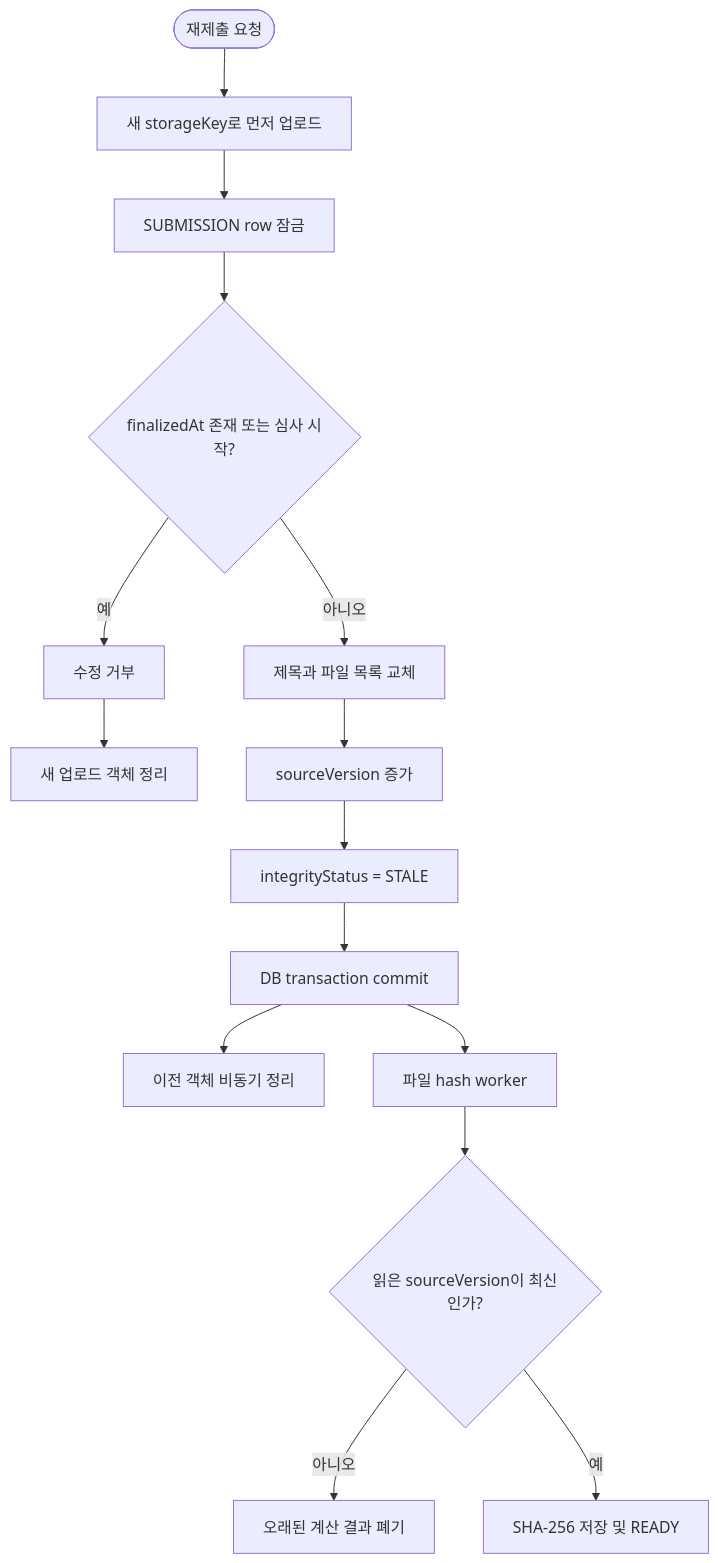
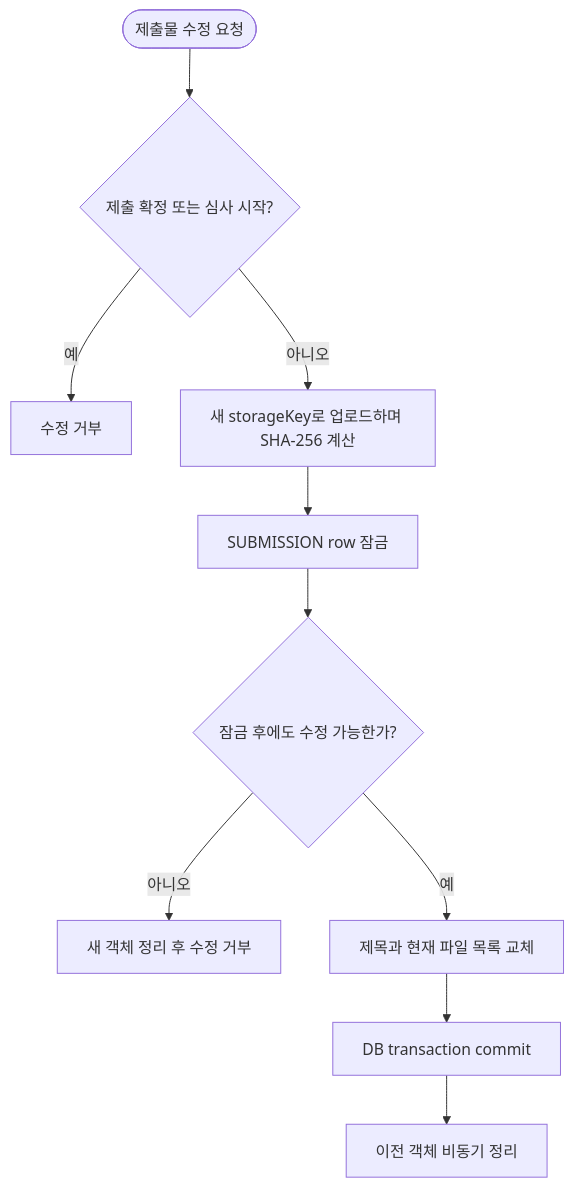
One commit to Tok-Baro/Trekkey_BackEnd changed the eighth of 22 diagrams in docs/architecture-diagrams.md. Above: the diagram before and after it, drawn with Mermaid. The commit also changed other lines of this file and 5 other files, not shown here.

Commit message:
docs: simplify submission overwrite flow

````diff
--- a/docs/architecture-diagrams.md
+++ b/docs/architecture-diagrams.md
@@ -258,17 +258,12 @@
 ```mermaid
 flowchart TD
-    request(["재제출 요청"]) --> upload["새 storageKey로 먼저 업로드"]
+    request(["제출물 수정 요청"]) --> immutable{"제출 확정 또는 심사 시작?"}
+    immutable -->|"예"| reject["수정 거부"]
+    immutable -->|"아니오"| upload["새 storageKey로 업로드하며 SHA-256 계산"]
     upload --> lock["SUBMISSION row 잠금"]
-    lock --> immutable{"finalizedAt 존재 또는 심사 시작?"}
-    immutable -->|"예"| reject["수정 거부"]
-    reject --> cleanupNew["새 업로드 객체 정리"]
-    immutable -->|"아니오"| replace["제목과 파일 목록 교체"]
-    replace --> increment["sourceVersion 증가"]
-    increment --> stale["integrityStatus = STALE"]
-    stale --> commit["DB transaction commit"]
+    lock --> recheck{"잠금 후에도 수정 가능한가?"}
+    recheck -->|"아니오"| cleanupNew["새 객체 정리 후 수정 거부"]
+    recheck -->|"예"| replace["제목과 현재 파일 목록 교체"]
+    replace --> commit["DB transaction commit"]
     commit --> cleanupOld["이전 객체 비동기 정리"]
-    commit --> hashWorker["파일 hash worker"]
-    hashWorker --> versionCheck{"읽은 sourceVersion이 최신인가?"}
-    versionCheck -->|"아니오"| discard["오래된 계산 결과 폐기"]
-    versionCheck -->|"예"| ready["SHA-256 저장 및 READY"]
 ```
````
